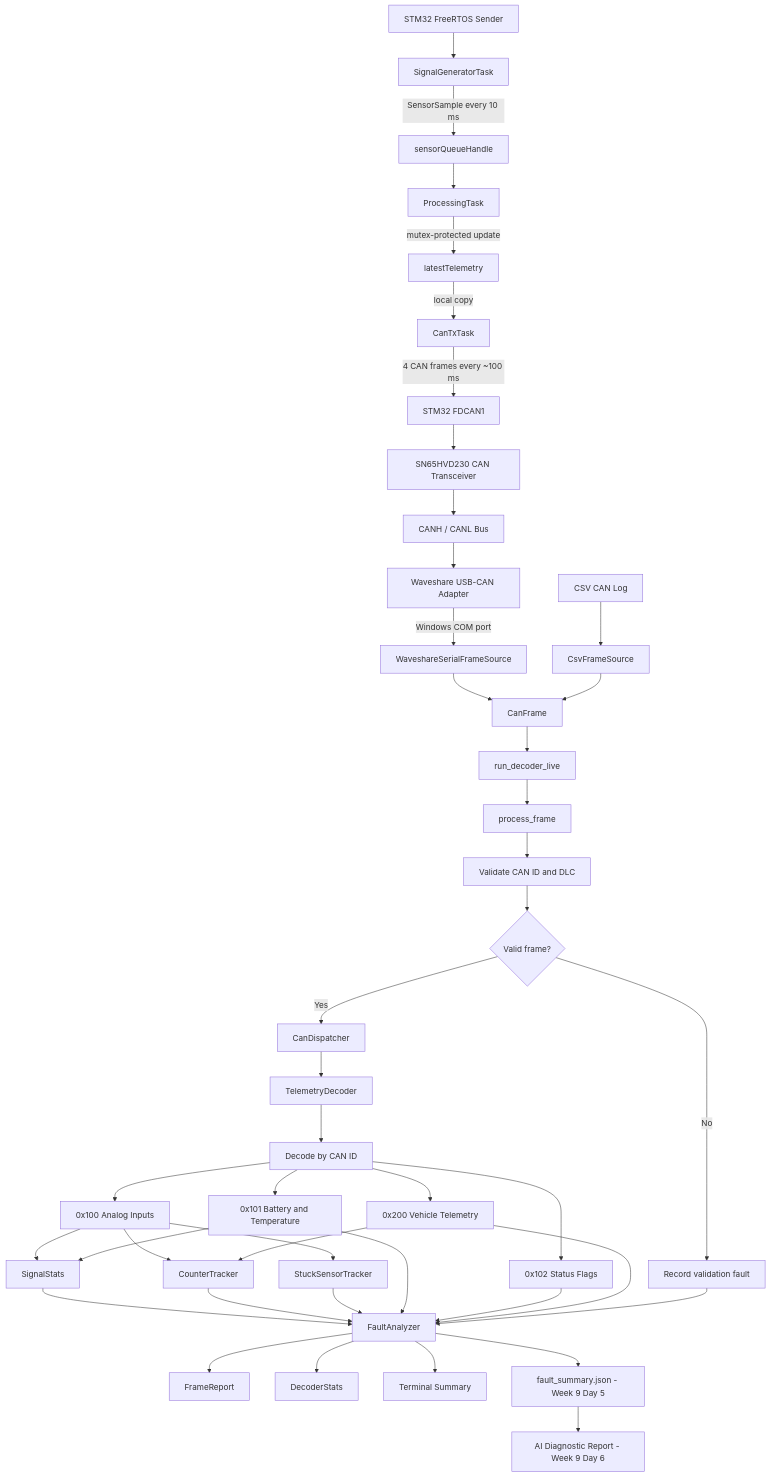
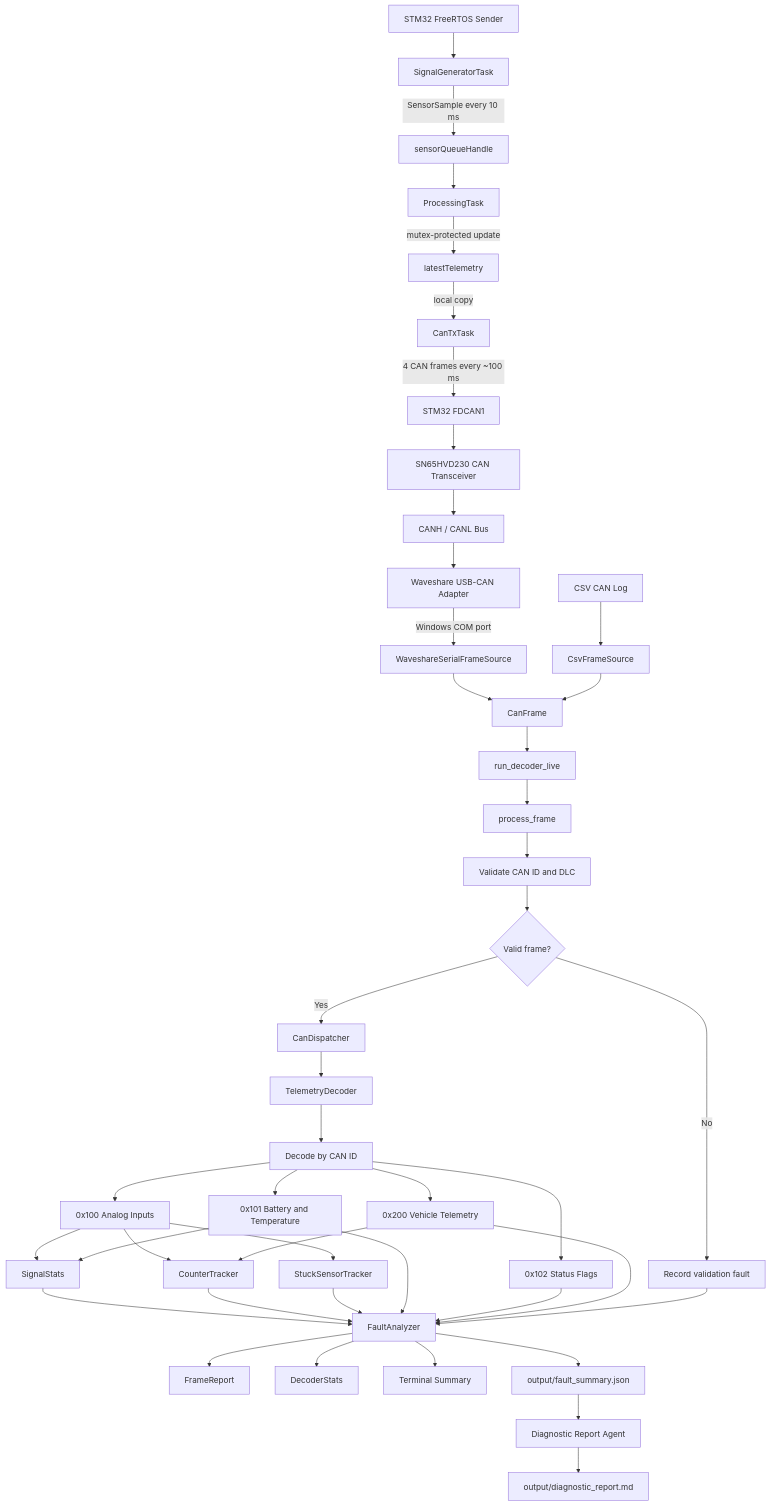
The diagram in README.md (Jnwaneli/cpp-can-telemetry-decoder), drawn with Mermaid before and after one commit. The commit also changed other lines of this file, not shown here.

Commit message:
Update end-to-end diagnostic report instructions

````diff
--- a/README.md
+++ b/README.md
@@ -146,54 +148,55 @@
 ```mermaid
 flowchart TD
     A[STM32 FreeRTOS Sender] --> B[SignalGeneratorTask]
     B -->|SensorSample every 10 ms| C[sensorQueueHandle]
     C --> D[ProcessingTask]
     D -->|mutex-protected update| E[latestTelemetry]
     E -->|local copy| F[CanTxTask]
     F -->|4 CAN frames every ~100 ms| G[STM32 FDCAN1]
     G --> H[SN65HVD230 CAN Transceiver]
     H --> I[CANH / CANL Bus]
     I --> J[Waveshare USB-CAN Adapter]
     J -->|Windows COM port| K[WaveshareSerialFrameSource]
 
     L[CSV CAN Log] --> M[CsvFrameSource]
 
     K --> N[CanFrame]
     M --> N
 
     N --> O[run_decoder_live]
     O --> P[process_frame]
     P --> Q[Validate CAN ID and DLC]
     Q --> R{Valid frame?}
 
     R -->|No| S[Record validation fault]
     R -->|Yes| T[CanDispatcher]
 
     T --> U[TelemetryDecoder]
     U --> V[Decode by CAN ID]
 
     V --> V100[0x100 Analog Inputs]
     V --> V101[0x101 Battery and Temperature]
     V --> V102[0x102 Status Flags]
     V --> V200[0x200 Vehicle Telemetry]
 
     V100 --> W[SignalStats]
     V101 --> W
     V100 --> X[CounterTracker]
     V200 --> X
     V100 --> Y[StuckSensorTracker]
 
     W --> Z[FaultAnalyzer]
     X --> Z
     Y --> Z
     V101 --> Z
     V102 --> Z
     V200 --> Z
     S --> Z
 
     Z --> AA[FrameReport]
     Z --> AB[DecoderStats]
     Z --> AC[Terminal Summary]
-    Z --> AD[fault_summary.json - Week 9 Day 5]
-    AD --> AE[AI Diagnostic Report - Week 9 Day 6]
+    Z --> AD[output/fault_summary.json]
+    AD --> AE[Diagnostic Report Agent]
+    AE --> AF[output/diagnostic_report.md]
 ```
````
